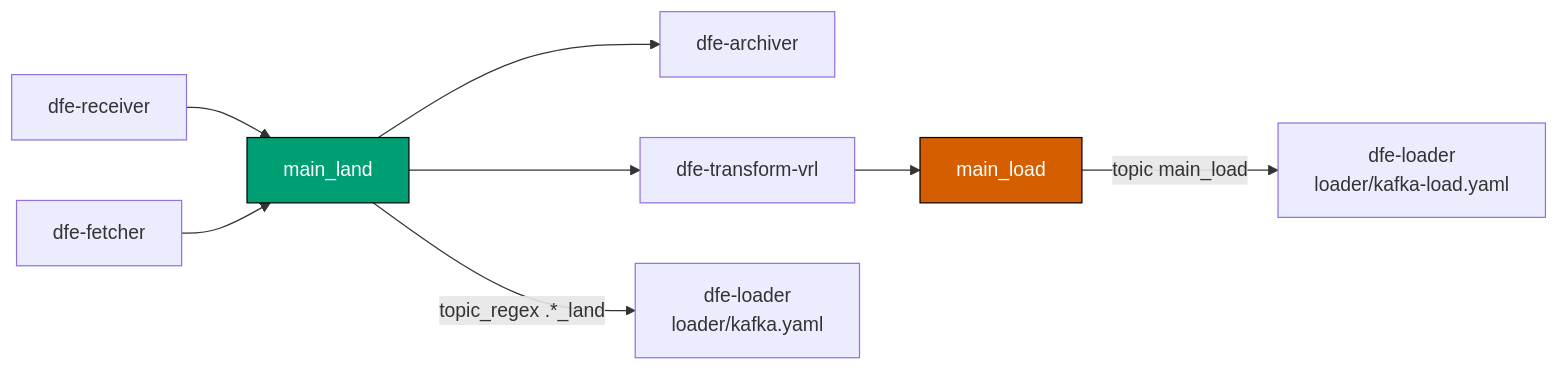
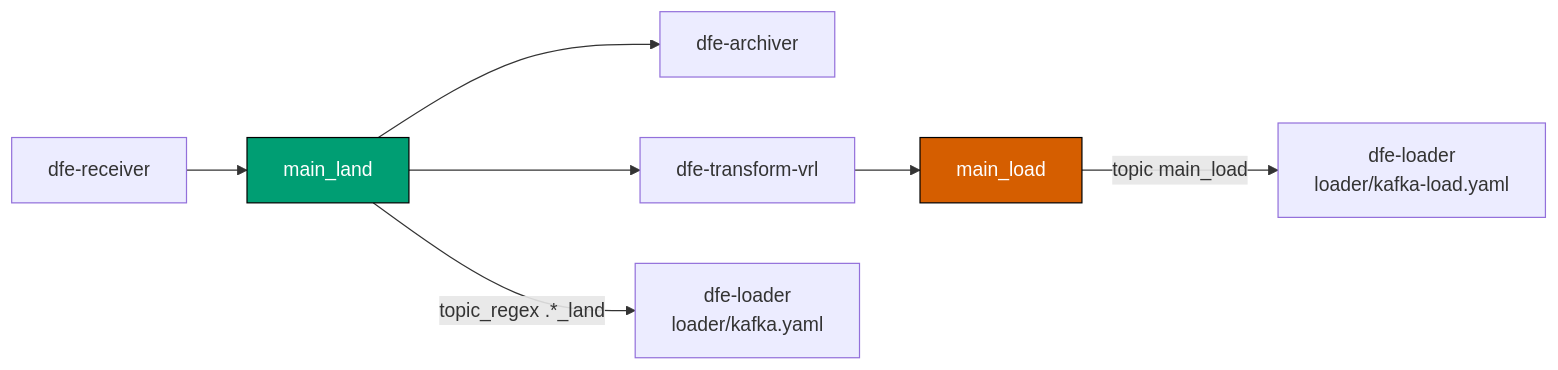
One commit to hyperi-io/dfe-docker changed the first of 2 diagrams in docs/troubleshooting.md. Above: the diagram before and after it, drawn with Mermaid. The commit also changed other lines of this file and 28 other files, not shown here.

````diff
--- a/docs/troubleshooting.md
+++ b/docs/troubleshooting.md
@@ -102,15 +102,14 @@
 ```mermaid
 flowchart LR
     recv["dfe-receiver"] --> land["main_land"]
-    fetch["dfe-fetcher"] --> land
     land --> arch["dfe-archiver"]
     land --> vrl["dfe-transform-vrl"]
     land -->|topic_regex .*_land| ldr1["dfe-loader<br/>loader/kafka.yaml"]
     vrl --> load["main_load"]
     load -->|topic main_load| ldr2["dfe-loader<br/>loader/kafka-load.yaml"]
 
     classDef made fill:#009E73,color:#ffffff,stroke:#000000
     classDef notmade fill:#D55E00,color:#ffffff,stroke:#000000
     class land made
     class load notmade
 ```
````
